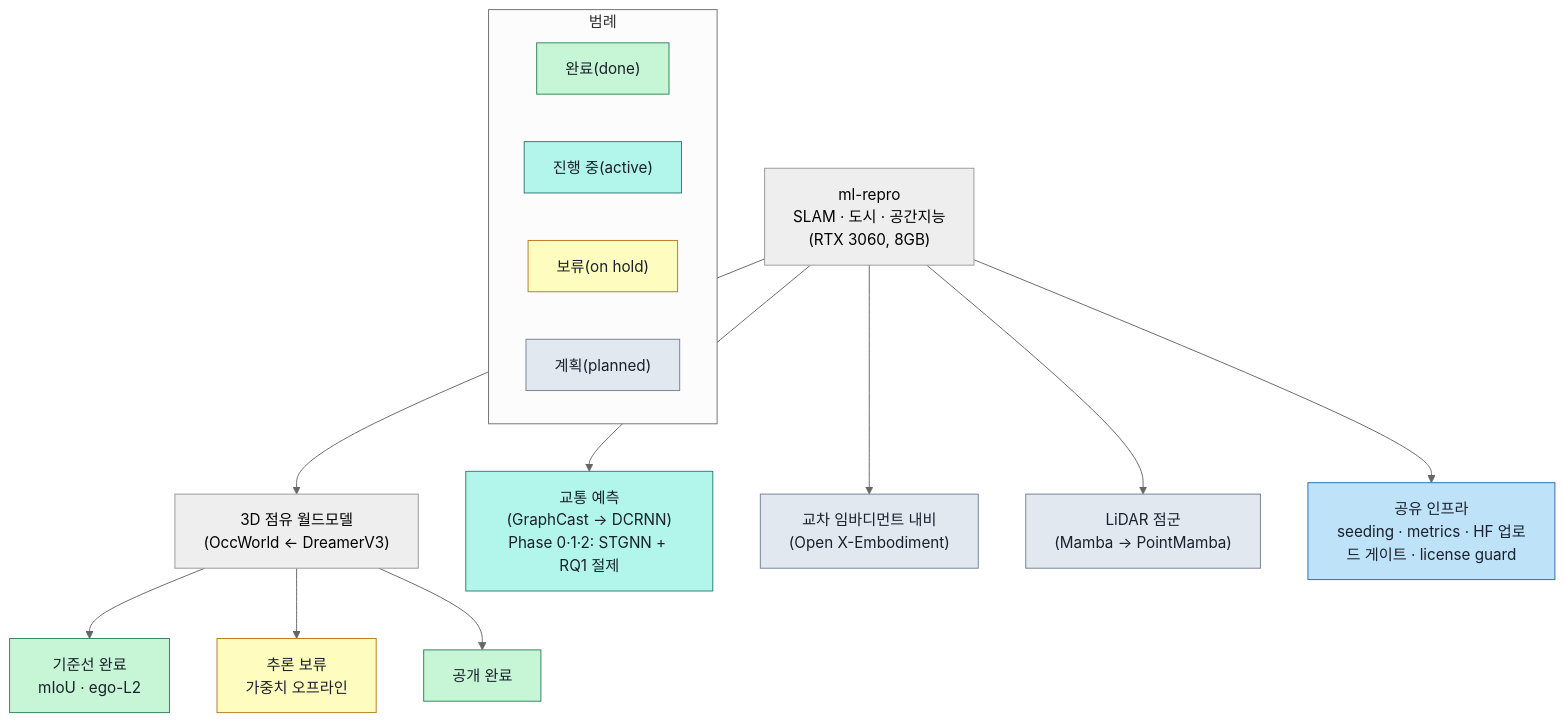
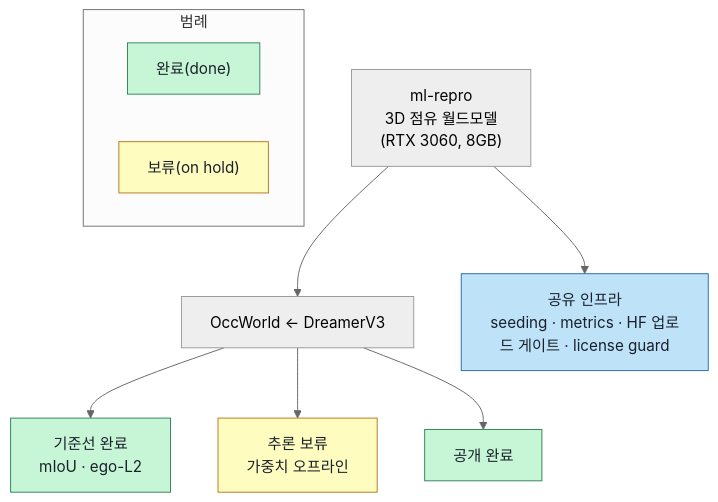
Before and after one commit to urbsn4i-sw/ml-repro: the first of 2 diagrams in README.ko.md, drawn with Mermaid (neutral theme). The commit also changed other lines of this file and 27 other files, not shown here.

First line of the commit message:
refactor: make ml-repro OccWorld-only (traffic task moved to its own repo)

````diff
--- a/README.ko.md
+++ b/README.ko.md
@@ -18,28 +20,20 @@
 ```mermaid
 flowchart TB
-  root["ml-repro<br/>SLAM · 도시 · 공간지능<br/>(RTX 3060, 8GB)"]
+  root["ml-repro<br/>3D 점유 월드모델<br/>(RTX 3060, 8GB)"]
 
-  root --> occ["3D 점유 월드모델<br/>(OccWorld ← DreamerV3)"]
+  root --> occ["OccWorld ← DreamerV3"]
   occ --> occ1["기준선 완료<br/>mIoU · ego-L2"]:::done
   occ --> occ2["추론 보류<br/>가중치 오프라인"]:::onhold
   occ --> occ3["공개 완료"]:::done
-
-  root --> t1["교통 예측<br/>(GraphCast → DCRNN)<br/>Phase 0·1·2: STGNN + RQ1 절제"]:::active
-  root --> t2["교차 임바디먼트 내비<br/>(Open X-Embodiment)"]:::planned
-  root --> t3["LiDAR 점군<br/>(Mamba → PointMamba)"]:::planned
 
   root --> infra["공유 인프라<br/>seeding · metrics · HF 업로드 게이트 · license guard"]:::infra
 
   subgraph Legend["범례"]
     Ld["완료(done)"]:::done
-    La["진행 중(active)"]:::active
     Lh["보류(on hold)"]:::onhold
-    Lp["계획(planned)"]:::planned
   end
 
   classDef done fill:#c6f6d5,stroke:#2f855a,color:#1a202c;
-  classDef active fill:#b2f5ea,stroke:#2c7a7b,color:#1a202c;
   classDef onhold fill:#fefcbf,stroke:#b7791f,color:#1a202c;
-  classDef planned fill:#e2e8f0,stroke:#718096,color:#1a202c;
   classDef infra fill:#bee3f8,stroke:#2b6cb0,color:#1a202c;
 ```
````
